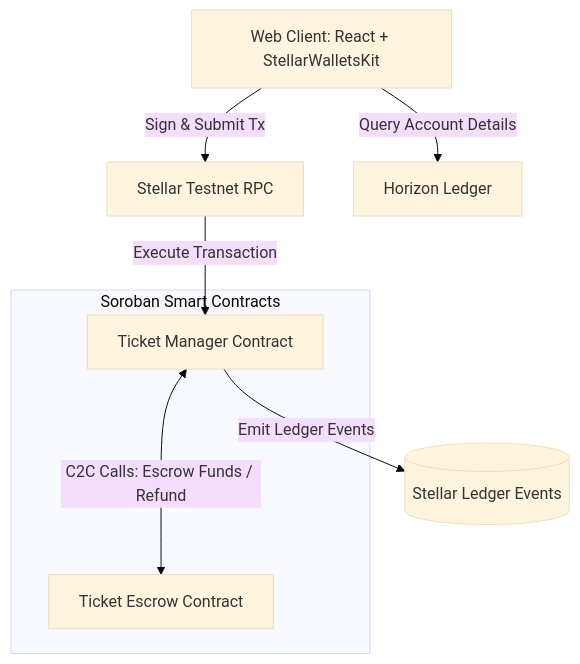
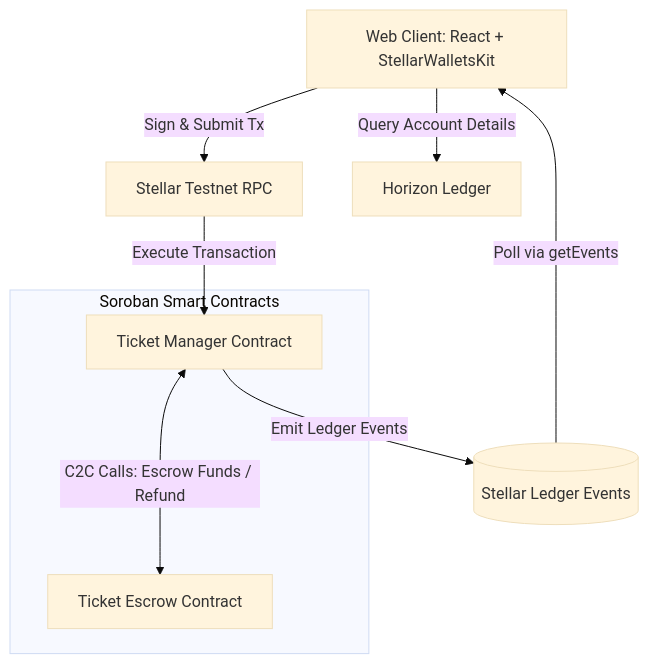
The first of 2 diagrams in README.md (codeepsingh/TicketChain), drawn with Mermaid (base theme) before and after one commit. The commit also changed other lines of this file and 5 other files, not shown here.

````diff
--- a/README.md
+++ b/README.md
@@ -44,12 +45,13 @@
 ```mermaid
 graph TD
     Client[Web Client: React + StellarWalletsKit] -->|Sign & Submit Tx| StellarRPC[Stellar Testnet RPC]
     Client -->|Query Account Details| Horizon[Horizon Ledger]
     
     subgraph Soroban Smart Contracts
         TM[Ticket Manager Contract] <--->|C2C Calls: Escrow Funds / Refund| TE[Ticket Escrow Contract]
     end
     
     StellarRPC -->|Execute Transaction| TM
     TM -->|Emit Ledger Events| EventLog[(Stellar Ledger Events)]
+    EventLog -->|Poll via getEvents| Client
 ```
````
